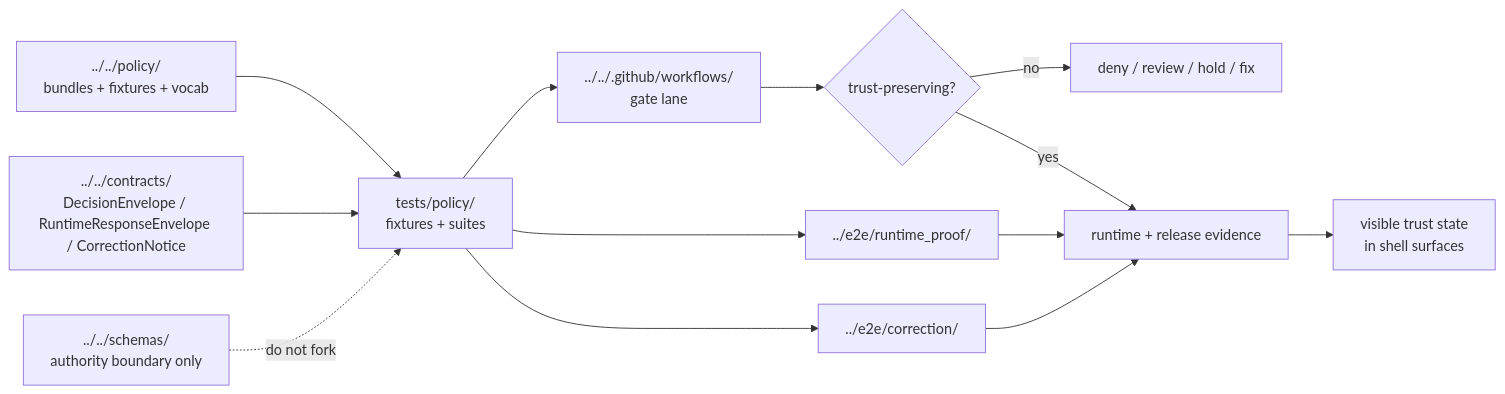
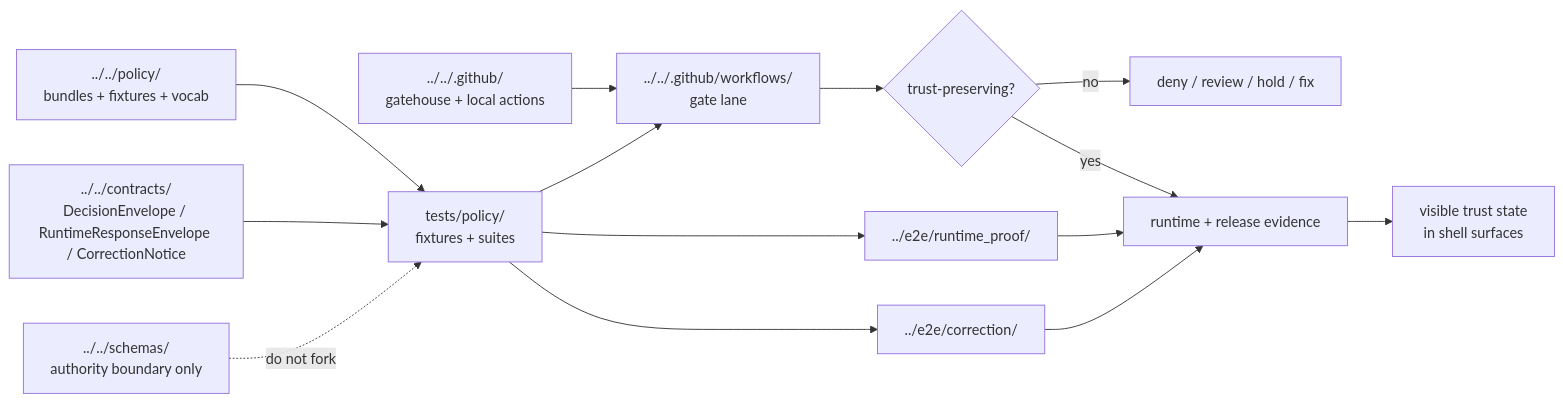
Before and after one commit to bartytime4life/Kansas-Frontier-Matrix: the diagram in tests/policy/README.md, drawn with Mermaid. The commit also changed other lines of this file, not shown here.

````diff
--- a/tests/policy/README.md
+++ b/tests/policy/README.md
@@ -306,15 +309,16 @@
 ```mermaid
 flowchart LR
   PB["../../policy/<br/>bundles + fixtures + vocab"] --> TP["tests/policy/<br/>fixtures + suites"]
   C["../../contracts/<br/>DecisionEnvelope / RuntimeResponseEnvelope / CorrectionNotice"] --> TP
   S["../../schemas/<br/>authority boundary only"] -. do not fork .-> TP
-  TP --> W["../../.github/workflows/<br/>gate lane"]
+  GH["../../.github/<br/>gatehouse + local actions"] --> W["../../.github/workflows/<br/>gate lane"]
+  TP --> W
   TP --> RT["../e2e/runtime_proof/"]
   TP --> CO["../e2e/correction/"]
   W --> D{"trust-preserving?"}
   D -->|no| N["deny / review / hold / fix"]
   D -->|yes| R["runtime + release evidence"]
   RT --> R
   CO --> R
   R --> V["visible trust state<br/>in shell surfaces"]
 ```
````
